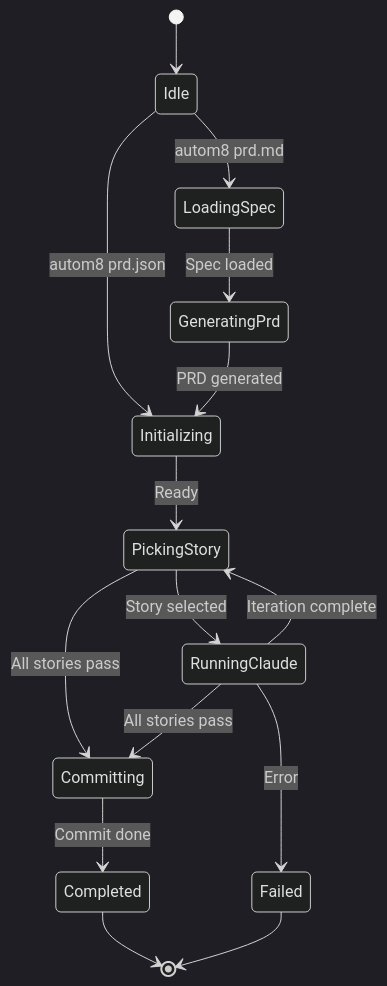
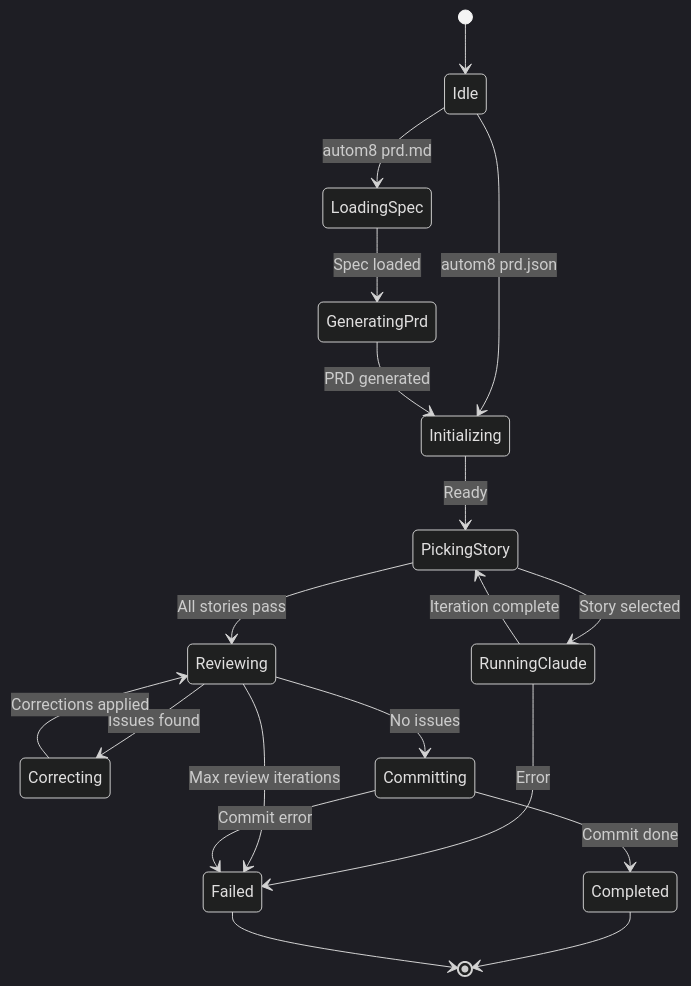
One commit to louisboilard/autom8 changed the diagram in README.md. Above: the diagram before and after it, drawn with Mermaid (dark theme). The commit also changed other lines of this file, not shown here.

````diff
--- a/README.md
+++ b/README.md
@@ -89,24 +102,30 @@
 ```mermaid
 stateDiagram-v2
     [*] --> Idle
 
     Idle --> LoadingSpec: autom8 prd.md
     Idle --> Initializing: autom8 prd.json
 
     LoadingSpec --> GeneratingPrd: Spec loaded
     GeneratingPrd --> Initializing: PRD generated
 
     Initializing --> PickingStory: Ready
 
     PickingStory --> RunningClaude: Story selected
-    PickingStory --> Committing: All stories pass
+    PickingStory --> Reviewing: All stories pass
 
     RunningClaude --> PickingStory: Iteration complete
-    RunningClaude --> Committing: All stories pass
     RunningClaude --> Failed: Error
 
+    Reviewing --> Correcting: Issues found
+    Reviewing --> Committing: No issues
+    Reviewing --> Failed: Max review iterations
+
+    Correcting --> Reviewing: Corrections applied
+
     Committing --> Completed: Commit done
+    Committing --> Failed: Commit error
 
     Completed --> [*]
     Failed --> [*]
 ```
````
